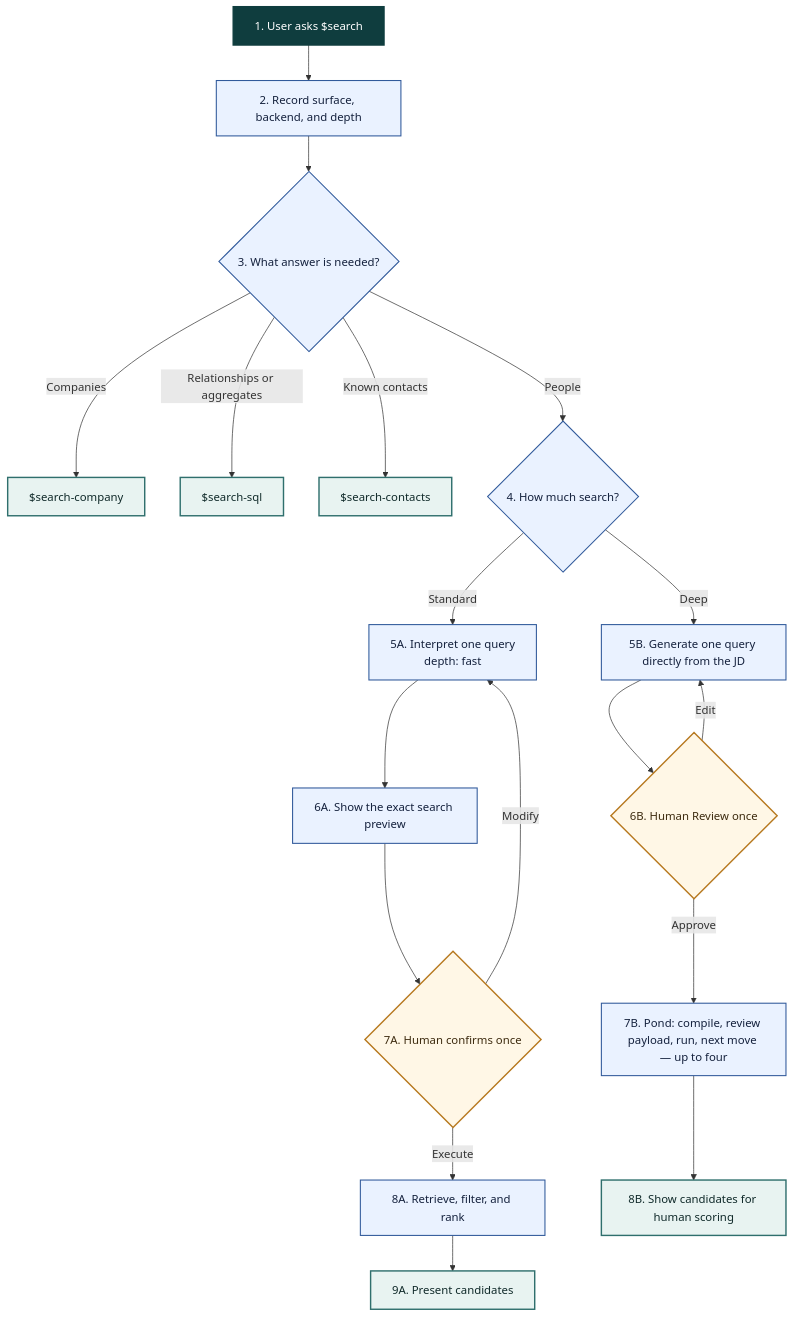
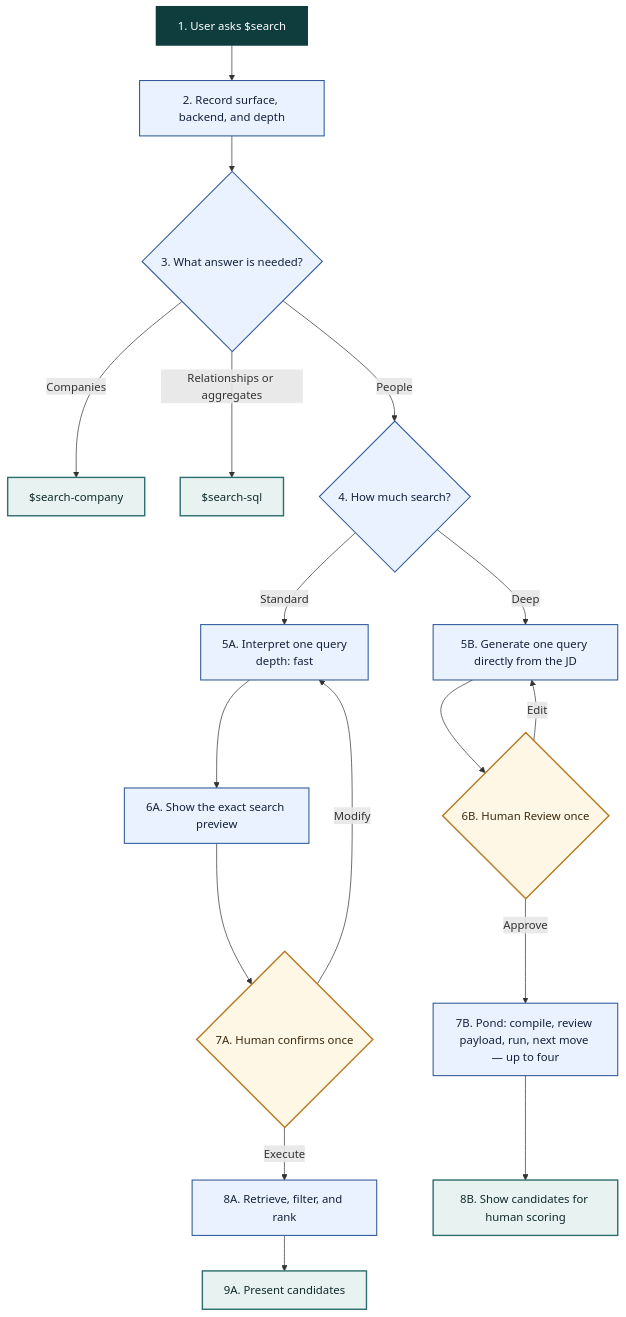
One commit to powerset-co/powerpacks changed the first of 2 diagrams in packs/search/docs/search-architecture.md. Above: the diagram before and after it, drawn with Mermaid. The commit also changed other lines of this file and 18 other files, not shown here.

First line of the commit message:
feat(search): drop set contacts browsing; "my contacts" is a people search

````diff
--- a/packs/search/docs/search-architecture.md
+++ b/packs/search/docs/search-architecture.md
@@ -41,32 +41,31 @@
 ```mermaid
 flowchart TD
     ASK[1. User asks $search] --> DECIDE[2. Record surface, backend, and depth]
     DECIDE --> SURFACE{3. What answer is needed?}
 
     SURFACE -->|Companies| COMPANY[$search-company]
     SURFACE -->|Relationships or aggregates| SQL[$search-sql]
-    SURFACE -->|Known contacts| CONTACTS[$search-contacts]
     SURFACE -->|People| DEPTH{4. How much search?}
 
     DEPTH -->|Standard| INTERPRET[5A. Interpret one query<br/>depth: fast]
     INTERPRET --> PREVIEW[6A. Show the exact search preview]
     PREVIEW --> FASTREVIEW{7A. Human confirms once}
     FASTREVIEW -->|Modify| INTERPRET
     FASTREVIEW -->|Execute| FASTRUN[8A. Retrieve, filter, and rank]
     FASTRUN --> FASTRESULT[9A. Present candidates]
 
     DEPTH -->|Deep| QUERY[5B. Generate one query directly from the JD]
     QUERY --> DEEPREVIEW{6B. Human Review once}
     DEEPREVIEW -->|Edit| QUERY
     DEEPREVIEW -->|Approve| DEEPRUN[7B. Pond: compile, review payload, run, next move — up to four]
     DEEPRUN --> DEEPRESULT[8B. Show candidates for human scoring]
 
     classDef start fill:#0f3d3e,color:#ffffff,stroke:#0f3d3e,stroke-width:2px;
     classDef decision fill:#eaf2ff,color:#14213d,stroke:#315a9b,stroke-width:1.5px;
     classDef review fill:#fff7e6,color:#3d2b0f,stroke:#b7791f,stroke-width:2px;
     classDef result fill:#e8f3f1,color:#102a2a,stroke:#2f6f6d,stroke-width:2px;
     class ASK start;
     class DECIDE,SURFACE,DEPTH,INTERPRET,PREVIEW,FASTRUN,QUERY,DEEPRUN decision;
     class FASTREVIEW,DEEPREVIEW review;
     class COMPANY,SQL,CONTACTS,FASTRESULT,DEEPRESULT result;
 ```
````
